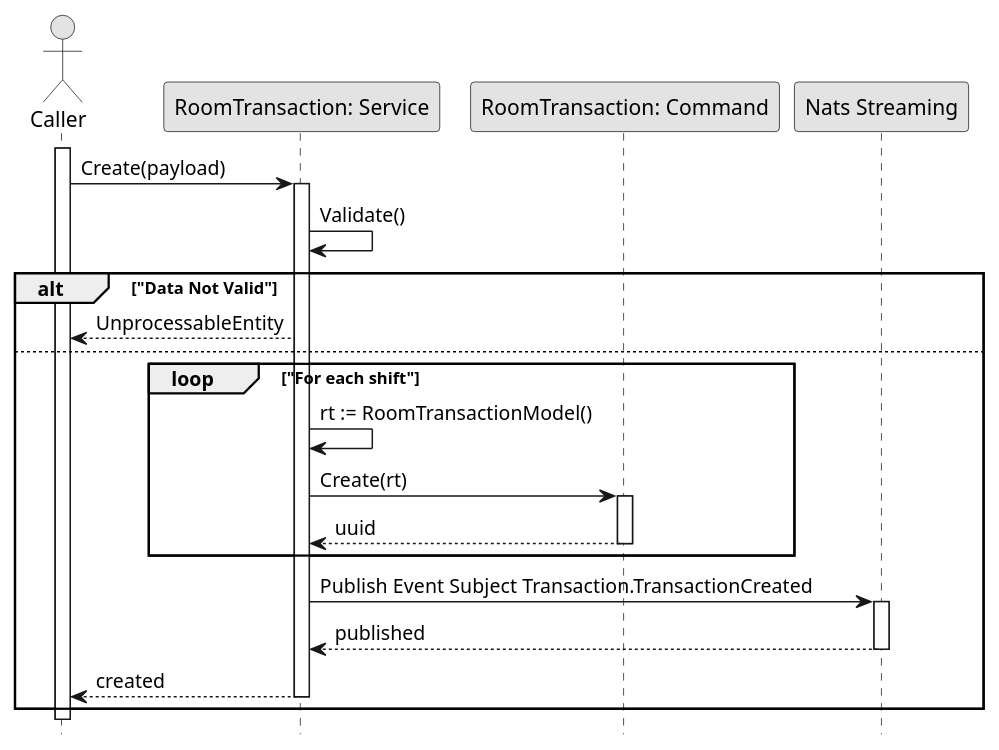
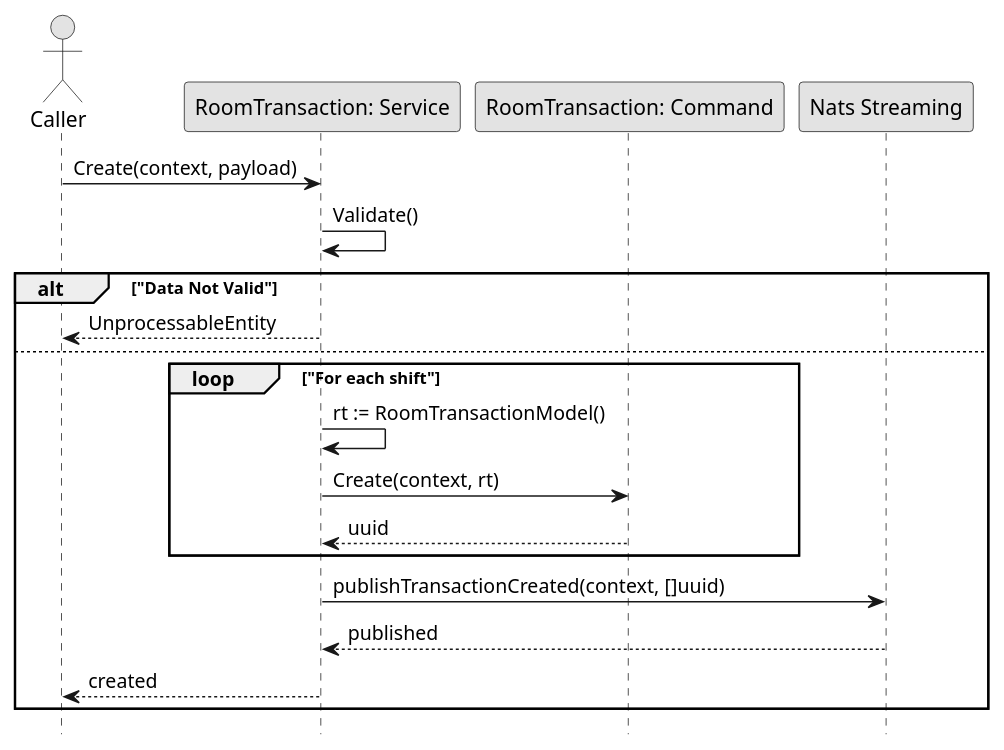
The diagram in Sequence/Release02/CreateRoomTransaction.wsd (fwidjaya20/fazzlearning-uml), drawn with PlantUML before and after one commit. The commit also changed 29 other files, not shown here.

Commit message:
fix(sequence): fix invalid sequence

```diff
--- a/Sequence/Release02/CreateRoomTransaction.wsd
+++ b/Sequence/Release02/CreateRoomTransaction.wsd
@@ -1,39 +1,32 @@
 @startuml CreateRoomTransaction
 
 skinparam ConditionStyle hline
 skinparam Monochrome true
 skinparam Shadowing false
 hide footbox
 
 actor Caller
 participant "RoomTransaction: Service" as RoomTransactionService
 participant "RoomTransaction: Command" as RoomTransactionCommand
 participant "Nats Streaming" as NatsStreaming
 
-activate Caller
+Caller->RoomTransactionService: Create(context, payload)
+RoomTransactionService->RoomTransactionService: Validate()
 
-Caller->RoomTransactionService: Create(payload)
-activate RoomTransactionService
-RoomTransactionService->RoomTransactionService: Validate()
 alt "Data Not Valid"
     RoomTransactionService-->Caller: UnprocessableEntity
 else
     loop "For each shift"
         RoomTransactionService->RoomTransactionService: rt := RoomTransactionModel()
-        RoomTransactionService->RoomTransactionCommand: Create(rt)
-        activate RoomTransactionCommand
+        RoomTransactionService->RoomTransactionCommand: Create(context, rt)
         RoomTransactionCommand-->RoomTransactionService: uuid
-        deactivate RoomTransactionCommand
     end
 
-    RoomTransactionService->NatsStreaming: Publish Event Subject Transaction.TransactionCreated
-    activate NatsStreaming
+    RoomTransactionService->NatsStreaming: publishTransactionCreated(context, []uuid)
     NatsStreaming-->RoomTransactionService: published
-    deactivate NatsStreaming
     RoomTransactionService-->Caller: created
-    deactivate RoomTransactionService
 end
 
 deactivate Caller
 
 @enduml
```
